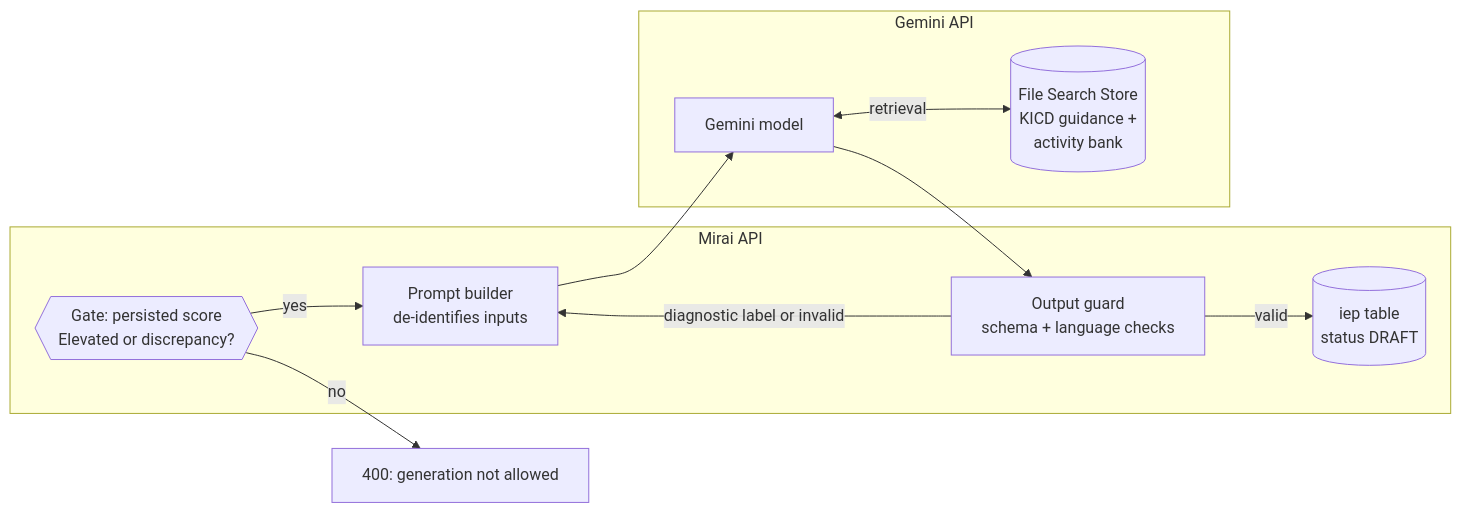
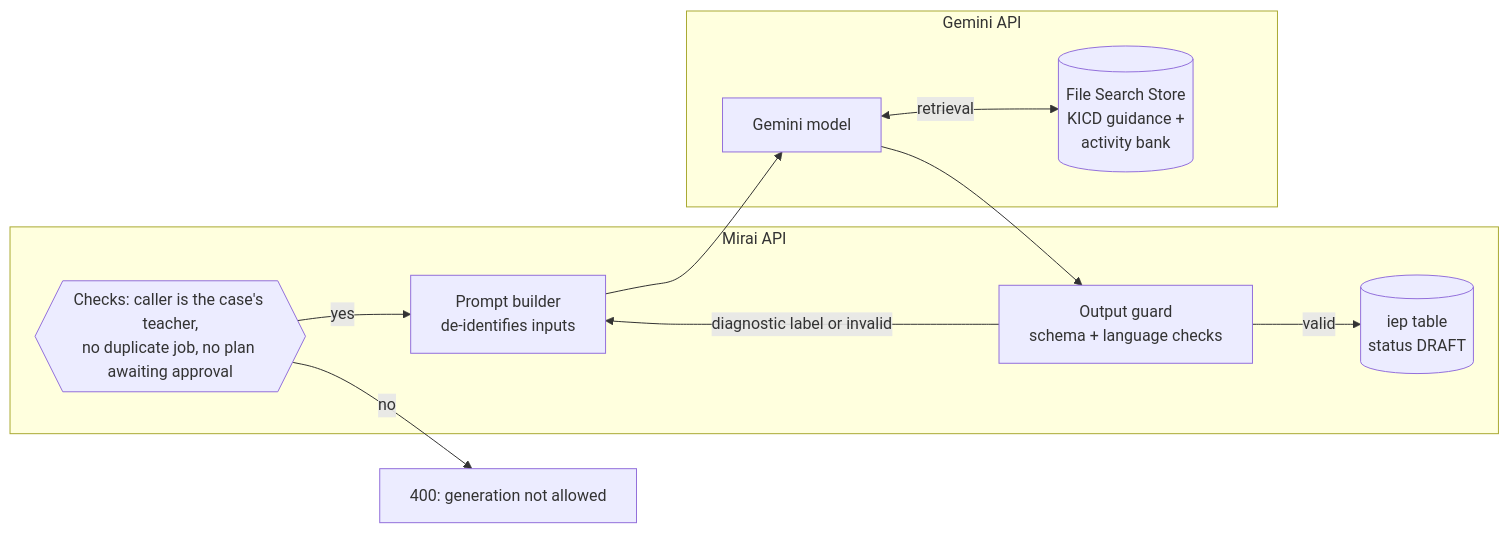
Before and after one commit to akirachix/prism-technical-documentation: the diagram in docs/ai/index.md, drawn with Mermaid. The commit also changed other lines of this file and 154 other files, not shown here.

````diff
--- a/docs/ai/index.md
+++ b/docs/ai/index.md
@@ -42,19 +42,19 @@
 ```mermaid
 flowchart LR
     subgraph API["Mirai API"]
-        GATE{{"Gate: persisted score<br/>Elevated or discrepancy?"}}
+        GATE{{"Checks: caller is the case's teacher,<br/>no duplicate job, no plan awaiting approval"}}
         BUILD[Prompt builder<br/>de-identifies inputs]
         GUARD[Output guard<br/>schema + language checks]
         STORE[(iep table<br/>status DRAFT)]
     end
     subgraph Google["Gemini API"]
         LLM[Gemini model]
         FS[(File Search Store<br/>KICD guidance +<br/>activity bank)]
     end
     GATE -- yes --> BUILD --> LLM
     LLM <-- retrieval --> FS
     LLM --> GUARD
     GUARD -- valid --> STORE
     GUARD -- diagnostic label or invalid --> BUILD
     GATE -- no --> X[400: generation not allowed]
 ```
````
